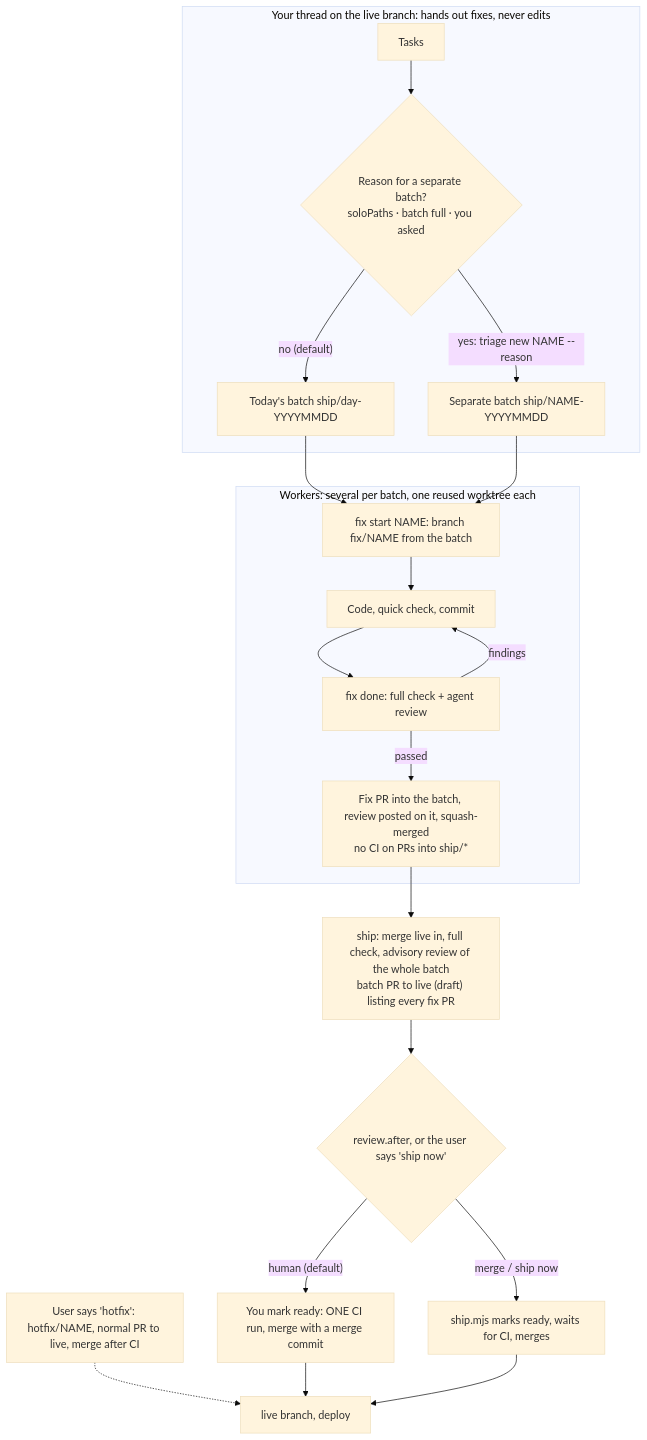
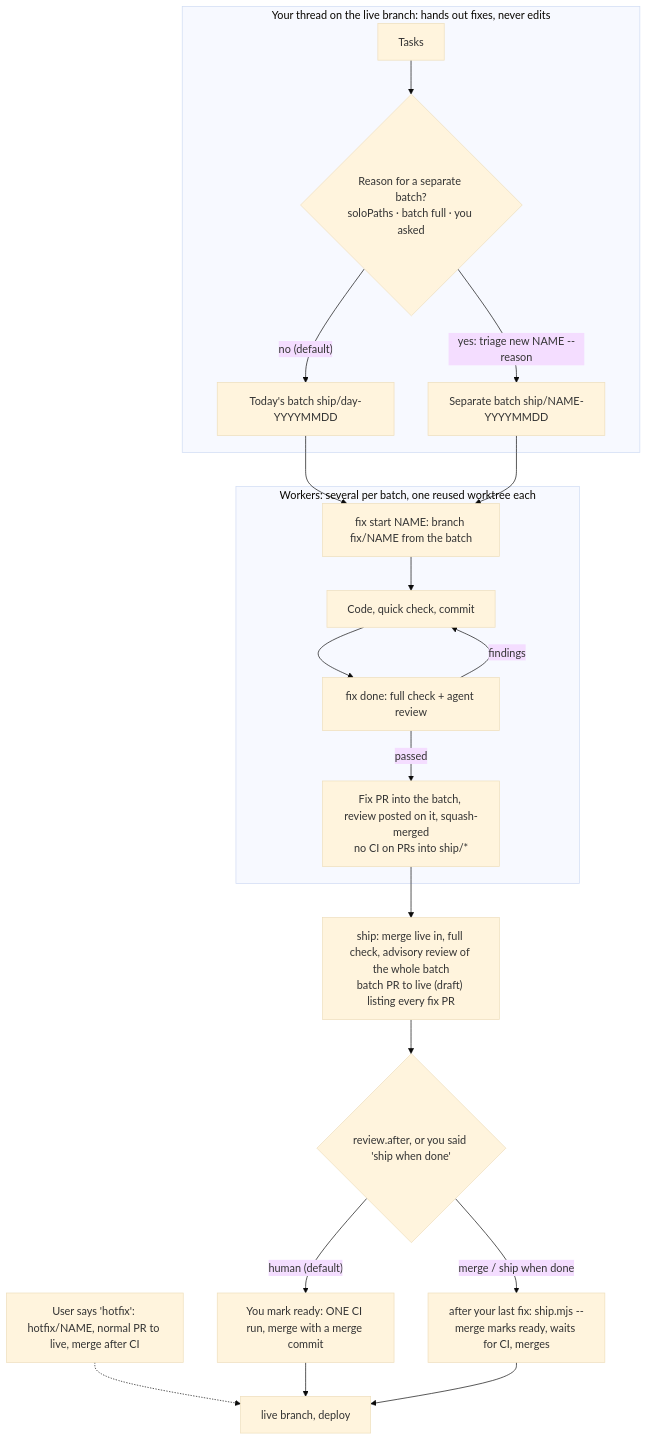
The diagram in README.md (klovr-co/batchship), drawn with Mermaid (base theme) before and after one commit. The commit also changed other lines of this file and 9 other files, not shown here.

First line of the commit message:
Ship when done, not ship now: the batch ships after every fix the user gave in the session

````diff
--- a/README.md
+++ b/README.md
@@ -33,23 +33,23 @@
 ```mermaid
 flowchart TD
     subgraph HOME["Your thread on the live branch: hands out fixes, never edits"]
         T["Tasks"] --> R{"Reason for a separate batch?<br/>soloPaths · batch full · you asked"}
         R -- "no (default)" --> TB["Today's batch ship/day-YYYYMMDD"]
         R -- "yes: triage new NAME --reason" --> SB["Separate batch ship/NAME-YYYYMMDD"]
     end
     TB --> FS
     SB --> FS
     subgraph W["Workers: several per batch, one reused worktree each"]
         FS["fix start NAME: branch fix/NAME from the batch"] --> C["Code, quick check, commit"]
         C --> FD["fix done: full check + agent review"]
         FD -- "findings" --> C
         FD -- "passed" --> PR["Fix PR into the batch, review posted on it, squash-merged<br/>no CI on PRs into ship/*"]
     end
     PR --> SH["ship: merge live in, full check, advisory review of the whole batch<br/>batch PR to live (draft) listing every fix PR"]
-    SH --> A{"review.after, or the user says 'ship now'"}
+    SH --> A{"review.after, or you said 'ship when done'"}
     A -- "human (default)" --> Y["You mark ready: ONE CI run, merge with a merge commit"]
-    A -- "merge / ship now" --> AU["ship.mjs marks ready, waits for CI, merges"]
+    A -- "merge / ship when done" --> AU["after your last fix: ship.mjs --merge marks ready, waits for CI, merges"]
     HF["User says 'hotfix': hotfix/NAME, normal PR to live, merge after CI"] -.-> LIVE["live branch, deploy"]
     Y --> LIVE
     AU --> LIVE
 ```
````
